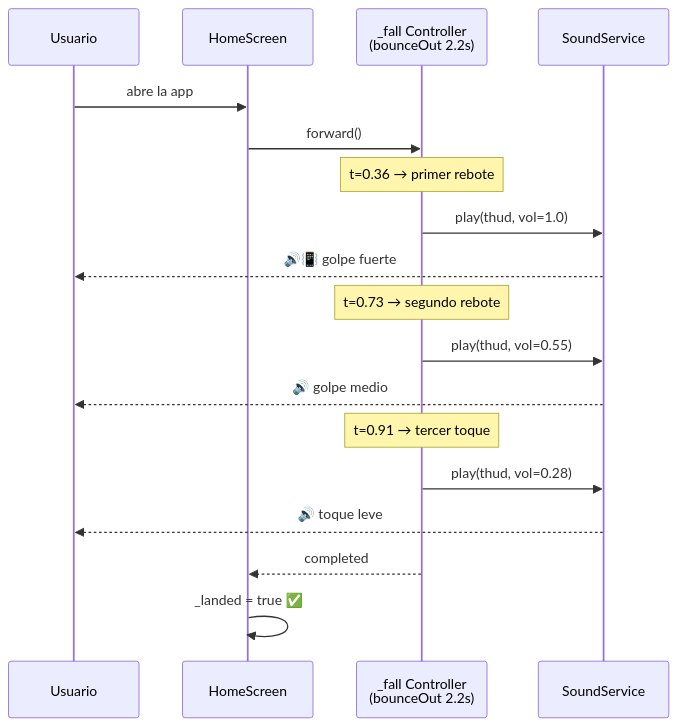
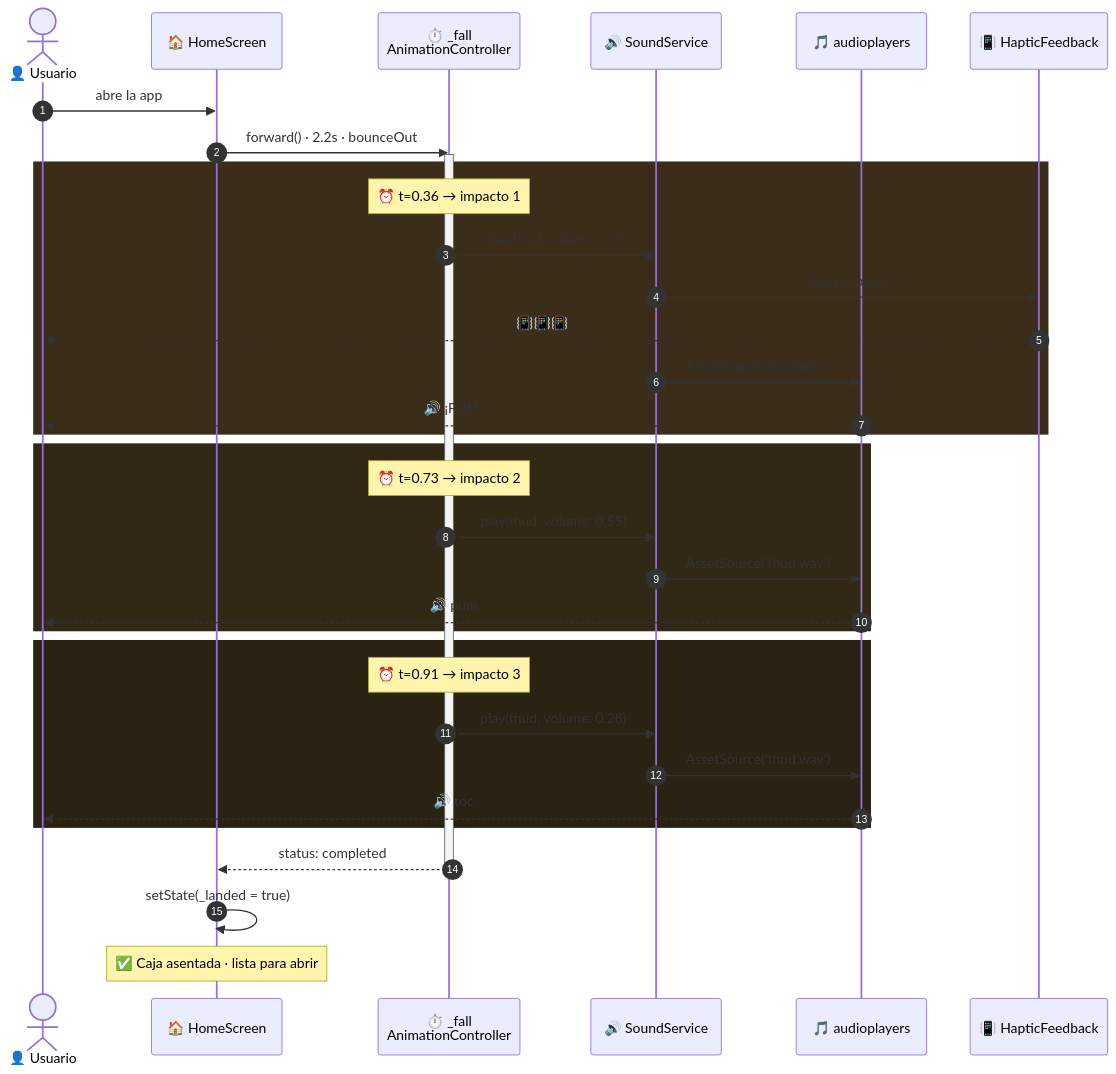
Before and after one commit to yeisondev001/Tarea5: the third of 3 diagrams in README.md, drawn with Mermaid. The commit also changed other lines of this file, not shown here.

Commit message:
docs: arquitectura en capas + flujo de usuario con leyenda visual

````diff
--- a/README.md
+++ b/README.md
@@ -199,21 +307,42 @@
 ```mermaid
 sequenceDiagram
-    participant U as Usuario
-    participant H as HomeScreen
-    participant F as _fall Controller<br/>(bounceOut 2.2s)
-    participant S as SoundService
+    autonumber
+    actor U as 👤 Usuario
+    participant H as 🏠 HomeScreen
+    participant F as ⏱️ _fall<br/>AnimationController
+    participant S as 🔊 SoundService
+    participant A as 🎵 audioplayers
+    participant V as 📳 HapticFeedback
 
     U->>H: abre la app
-    H->>F: forward()
-    Note over F: t=0.36 → primer rebote
-    F->>S: play(thud, vol=1.0)
-    S-->>U: 🔊📳 golpe fuerte
-    Note over F: t=0.73 → segundo rebote
-    F->>S: play(thud, vol=0.55)
-    S-->>U: 🔊 golpe medio
-    Note over F: t=0.91 → tercer toque
-    F->>S: play(thud, vol=0.28)
-    S-->>U: 🔊 toque leve
-    F-->>H: completed
-    H->>H: _landed = true ✅
+    H->>F: forward() · 2.2s · bounceOut
+    activate F
+
+    rect rgb(58, 46, 26)
+        Note over F: ⏰ t=0.36 → impacto 1
+        F->>S: play(thud, volume: 1.0)
+        S->>V: heavyImpact()
+        V-->>U: 📳📳📳
+        S->>A: AssetSource('thud.wav')
+        A-->>U: 🔊 ¡PUM!
+    end
+
+    rect rgb(50, 40, 22)
+        Note over F: ⏰ t=0.73 → impacto 2
+        F->>S: play(thud, volume: 0.55)
+        S->>A: AssetSource('thud.wav')
+        A-->>U: 🔊 pum
+    end
+
+    rect rgb(42, 34, 19)
+        Note over F: ⏰ t=0.91 → impacto 3
+        F->>S: play(thud, volume: 0.28)
+        S->>A: AssetSource('thud.wav')
+        A-->>U: 🔊 toc
+    end
+
+    F-->>H: status: completed
+    deactivate F
+    H->>H: setState(_landed = true)
+    Note over H: ✅ Caja asentada · lista para abrir
 ```
````
